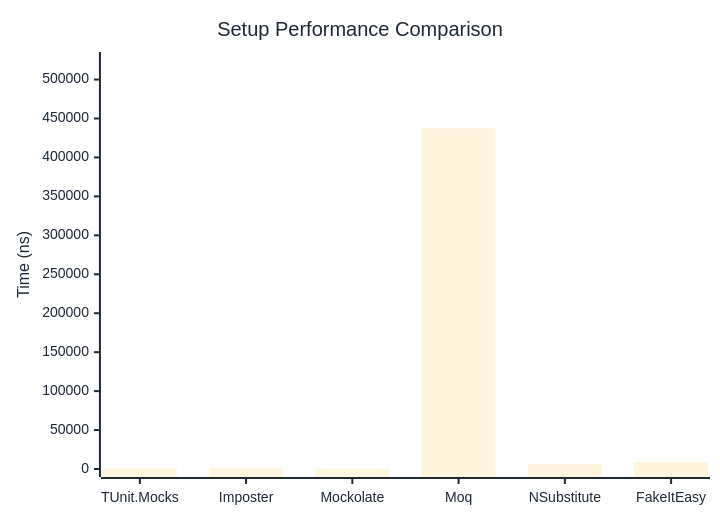
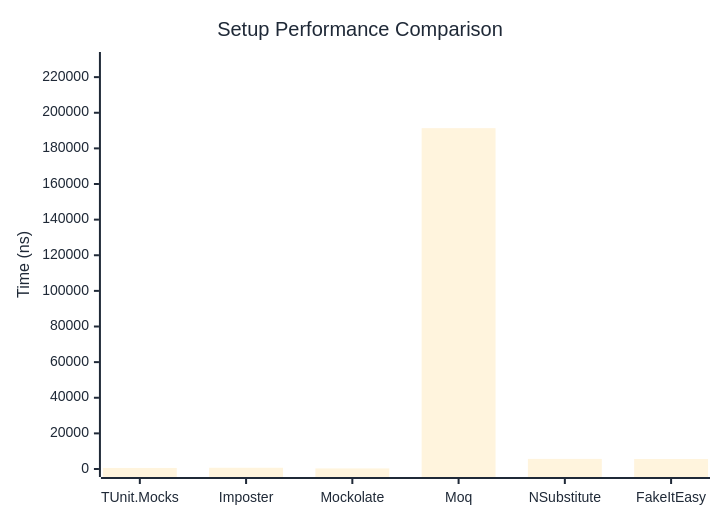
Before and after one commit to thomhurst/TUnit: the first of 2 diagrams in docs/docs/benchmarks/mocks/Setup.md, drawn with Mermaid. The commit also changed other lines of this file and 14 other files, not shown here.

````diff
--- a/docs/docs/benchmarks/mocks/Setup.md
+++ b/docs/docs/benchmarks/mocks/Setup.md
@@ -30,27 +30,27 @@
 ```mermaid
 %%{init: {
   'theme':'base',
   'themeVariables': {
     'primaryColor': '#2563eb',
     'primaryTextColor': '#1f2937',
     'primaryBorderColor': '#1e40af',
     'lineColor': '#6b7280',
     'secondaryColor': '#7c3aed',
     'tertiaryColor': '#dc2626',
     'background': '#ffffff',
     'pie1': '#2563eb',
     'pie2': '#7c3aed',
     'pie3': '#dc2626',
     'pie4': '#f59e0b',
     'pie5': '#10b981',
     'pie6': '#06b6d4',
     'pie7': '#ec4899',
     'pie8': '#6366f1'
   }
 }}%%
 xychart-beta
   title "Setup Performance Comparison"
   x-axis ["TUnit.Mocks", "Imposter", "Mockolate", "Moq", "NSubstitute", "FakeItEasy"]
-  y-axis "Time (ns)" 0 --> 525105
-  bar [545.1, 840, 313.4, 437587.5, 6241.3, 8742.5]
+  y-axis "Time (ns)" 0 --> 229619
+  bar [576.5, 695.1, 324.3, 191348.4, 5669.8, 5613.9]
 ```
````
